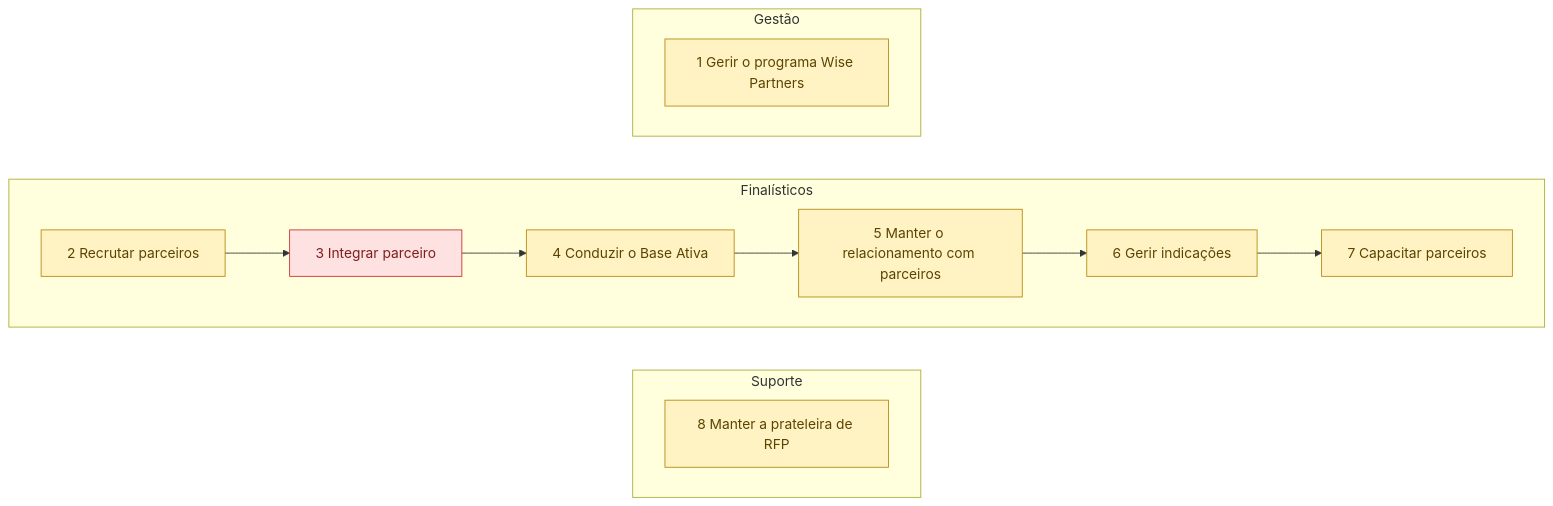
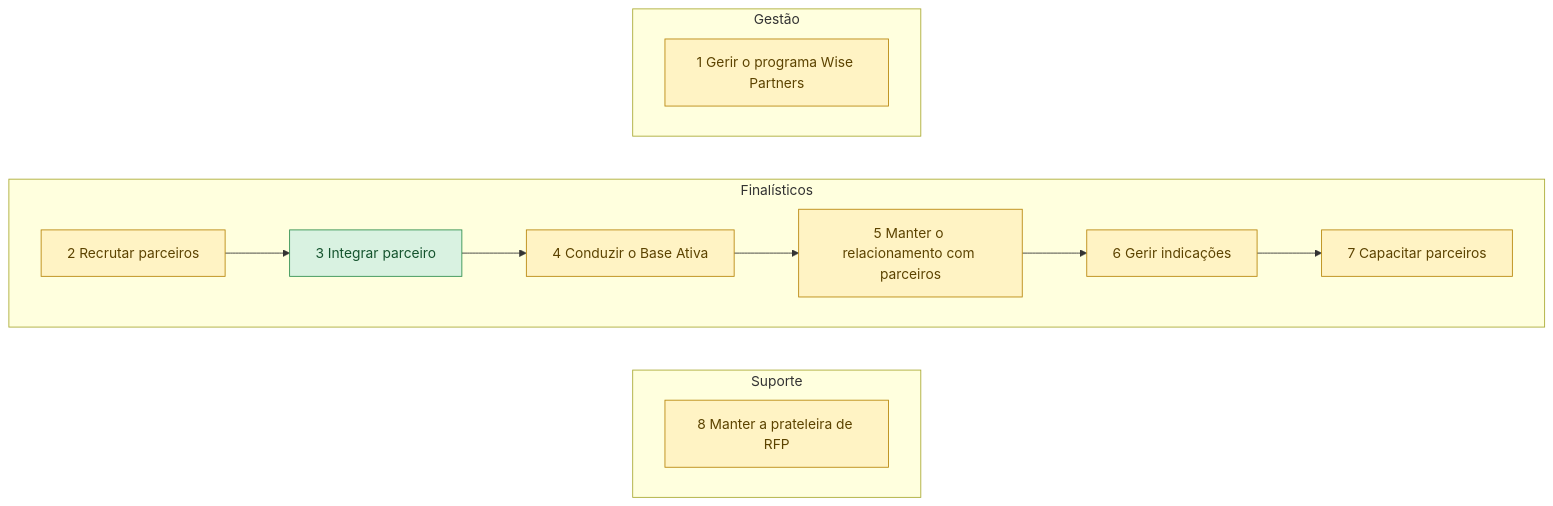
The diagram in mapeamentos/wise-partners/saidas/mermaid/cadeia-de-valor.mmd (Guilherme-MFaccin/Wise-Partners), drawn with Mermaid before and after one commit. The commit also changed 70 other files, not shown here.

```diff
--- a/mapeamentos/wise-partners/saidas/mermaid/cadeia-de-valor.mmd
+++ b/mapeamentos/wise-partners/saidas/mermaid/cadeia-de-valor.mmd
@@ -1,29 +1,29 @@
 flowchart TB
     classDef confirmado fill:#D9F2E1,stroke:#2F8F4E,color:#14532D
     classDef declarado fill:#FFF3C4,stroke:#B8860B,color:#5C4300
     classDef hipotese fill:#FFFFFF,stroke:#8A9099,color:#3F4650,stroke-dasharray: 5 5
     classDef contestado fill:#FDE2E1,stroke:#C53030,color:#7F1D1D
     subgraph cat_gestao ["Gestão"]
     direction LR
       P_01["1 Gerir o programa Wise Partners"]:::declarado
     end
     subgraph cat_finalistico ["Finalísticos"]
     direction LR
       P_06["2 Recrutar parceiros"]:::declarado
-      P_12["3 Integrar parceiro"]:::contestado
+      P_12["3 Integrar parceiro"]:::confirmado
       P_15["4 Conduzir o Base Ativa"]:::declarado
       P_16["5 Manter o relacionamento com parceiros"]:::declarado
       P_24["6 Gerir indicações"]:::declarado
       P_30["7 Capacitar parceiros"]:::declarado
       P_06 --> P_12
       P_12 --> P_15
       P_15 --> P_16
       P_16 --> P_24
       P_24 --> P_30
     end
     subgraph cat_suporte ["Suporte"]
     direction LR
       P_33["8 Manter a prateleira de RFP"]:::declarado
     end
     cat_gestao ~~~ cat_finalistico
     cat_finalistico ~~~ cat_suporte
```
